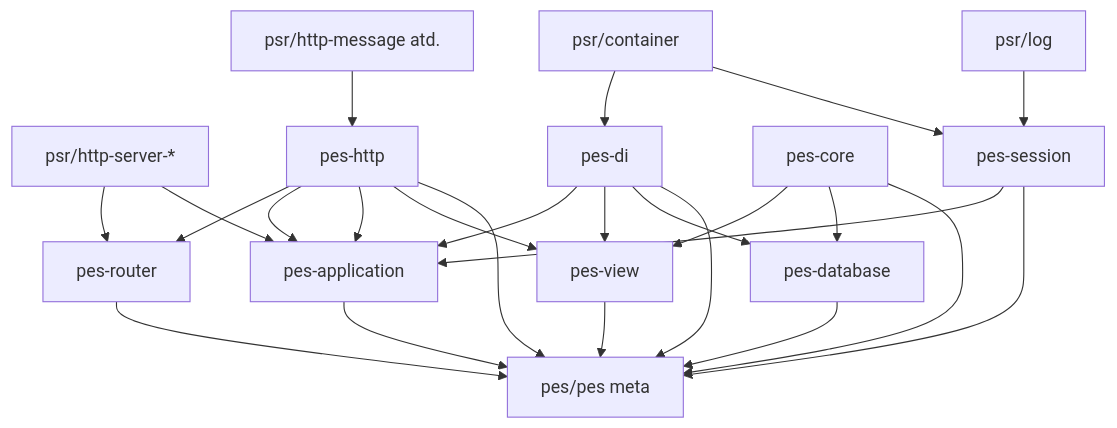
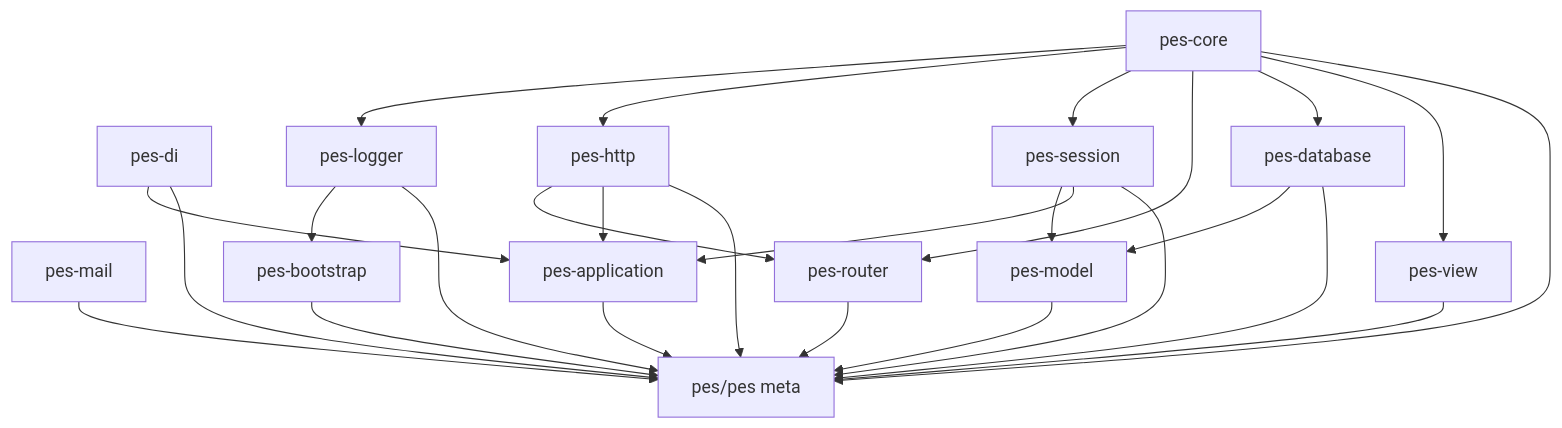
One commit to box4pes/pes changed the diagram in docs/package-split.md. Above: the diagram before and after it, drawn with Mermaid. The commit also changed other lines of this file and 40 other files, not shown here.

````diff
--- a/docs/package-split.md
+++ b/docs/package-split.md
@@ -26,44 +46,42 @@
 ```mermaid
 flowchart TB
-  psr7[psr/http-message atd.]
-  psr15[psr/http-server-*]
-  psr_container[psr/container]
-  psr_log[psr/log]
+  core[pes-core]
+  di[pes-di]
+  mail[pes-mail]
+  logger[pes-logger]
+  http[pes-http]
+  session[pes-session]
+  router[pes-router]
+  db[pes-database]
+  view[pes-view]
+  boot[pes-bootstrap]
+  model[pes-model]
+  app[pes-application]
+  meta[pes/pes meta]
 
-  pes_http[pes-http]
-  pes_di[pes-di]
-  pes_core[pes-core]
-  pes_session[pes-session]
-  pes_router[pes-router]
-  pes_db[pes-database]
-  pes_view[pes-view]
-  pes_app[pes-application]
-  pes_meta[pes/pes meta]
-
-  psr7 --> pes_http
-  pes_http --> pes_router
-  pes_http --> pes_app
-  psr15 --> pes_router
-  psr15 --> pes_app
-  psr_container --> pes_di
-  psr_container --> pes_session
-  psr_log --> pes_session
-
-  pes_di --> pes_app
-  pes_http --> pes_app
-  pes_session --> pes_app
-  pes_core --> pes_view
-  pes_http --> pes_view
-  pes_di --> pes_view
-  pes_core --> pes_db
-  pes_di --> pes_db
-
-  pes_http --> pes_meta
-  pes_di --> pes_meta
-  pes_core --> pes_meta
-  pes_router --> pes_meta
-  pes_db --> pes_meta
-  pes_view --> pes_meta
-  pes_app --> pes_meta
-  pes_session --> pes_meta
+  core --> logger
+  core --> http
+  core --> session
+  core --> router
+  core --> db
+  core --> view
+  http --> router
+  logger --> boot
+  db --> model
+  session --> model
+  http --> app
+  di --> app
+  session --> app
+  core --> meta
+  di --> meta
+  mail --> meta
+  logger --> meta
+  http --> meta
+  session --> meta
+  router --> meta
+  db --> meta
+  view --> meta
+  boot --> meta
+  model --> meta
+  app --> meta
 ```
````
